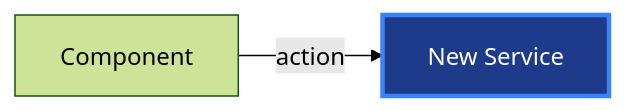
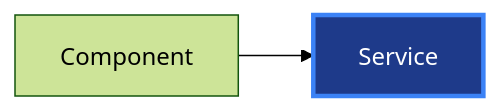
The diagram in .claude/commands/create-pr.md (Smana/cloud-native-ref), drawn with Mermaid (forest theme) before and after one commit. The commit also changed other lines of this file and 3 other files, not shown here.

````diff
--- a/.claude/commands/create-pr.md
+++ b/.claude/commands/create-pr.md
@@ -36,7 +36,7 @@
 ```mermaid
 flowchart LR
     comp1["Component"]
-    comp2["New Service"]:::new
-    comp1 -- "action" --> comp2
+    comp2["Service"]:::new
+    comp1 --> comp2
     classDef new fill:#1e3a8a,stroke:#3b82f6,stroke-width:3px,color:#fff
 ```
````
